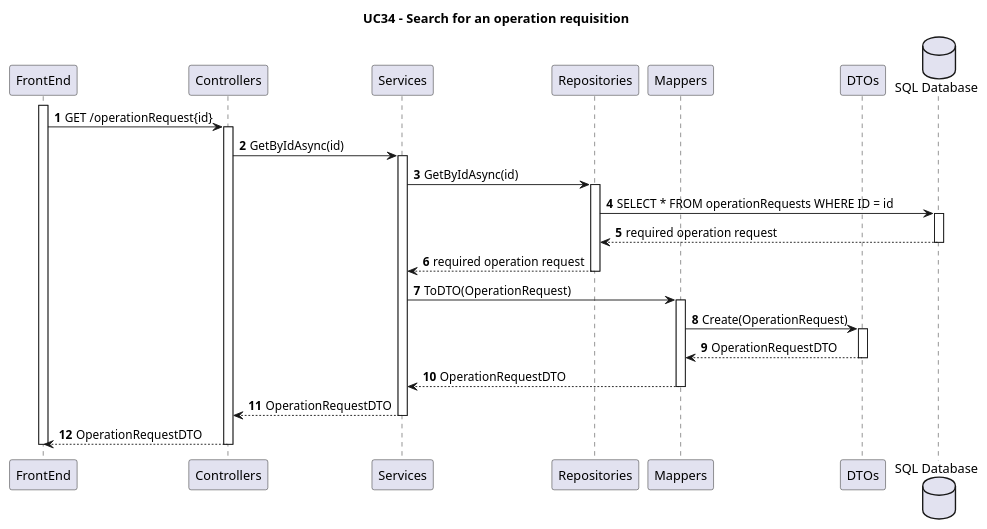
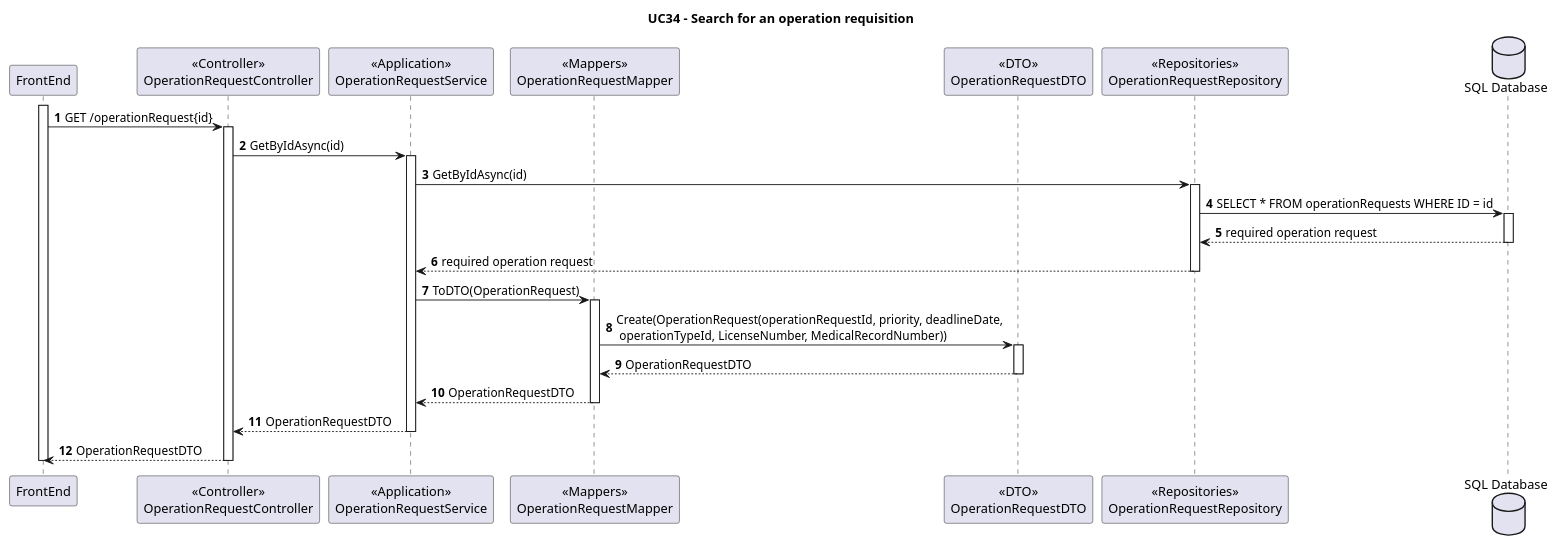
One commit to MiguelCardoso77/SurgicalSync-BackEnd changed the diagram in Wiki/SprintA/diagrams/use-cases/29-search-operation-requisitions/level3/backend-process-view.puml. Above: the diagram before and after it, drawn with PlantUML. The commit also changed 3 other files, not shown here.

```diff
--- a/Wiki/SprintA/diagrams/use-cases/29-search-operation-requisitions/level3/backend-process-view.puml
+++ b/Wiki/SprintA/diagrams/use-cases/29-search-operation-requisitions/level3/backend-process-view.puml
@@ -1,66 +1,66 @@
 @startuml
 autonumber
 
 title "UC34 - Search for an operation requisition"
 
 participant "FrontEnd" as FE
-participant "Controllers" as C
-participant "Services" as S
-participant "Repositories" as R
-participant "Mappers" as M
-participant "DTOs" as DTO
+participant "<<Controller>>\nOperationRequestController" as C
+participant "<<Application>>\nOperationRequestService" as S
+participant "<<Mappers>>\nOperationRequestMapper" as M
+participant "<<DTO>>\nOperationRequestDTO" as DTO
+participant "<<Repositories>>\nOperationRequestRepository" as R
 database "SQL Database" as SQL
 
 activate FE
 
 FE -> C : GET /operationRequest{id}
 
 activate C
 
     C -> S : GetByIdAsync(id)
     
     activate S
     
     S -> R : GetByIdAsync(id)
     
     activate R
     
     R -> SQL : SELECT * FROM operationRequests WHERE ID = id
     
     activate SQL
     
     SQL --> R : required operation request
     
     deactivate SQL 
     
     R --> S : required operation request
     
     deactivate R
     
     S -> M : ToDTO(OperationRequest)
     
     activate M
     
-    M -> DTO : Create(OperationRequest)
+    M -> DTO : Create(OperationRequest(operationRequestId, priority, deadlineDate,\n operationTypeId, LicenseNumber, MedicalRecordNumber))
     
     activate DTO
     
     DTO --> M : OperationRequestDTO
     
     deactivate DTO 
     
     M --> S : OperationRequestDTO
     
     deactivate M
     
     S --> C : OperationRequestDTO
     
     deactivate S
     
     C --> FE : OperationRequestDTO
     
 deactivate C
 
 deactivate FE 
 
 @enduml
```
